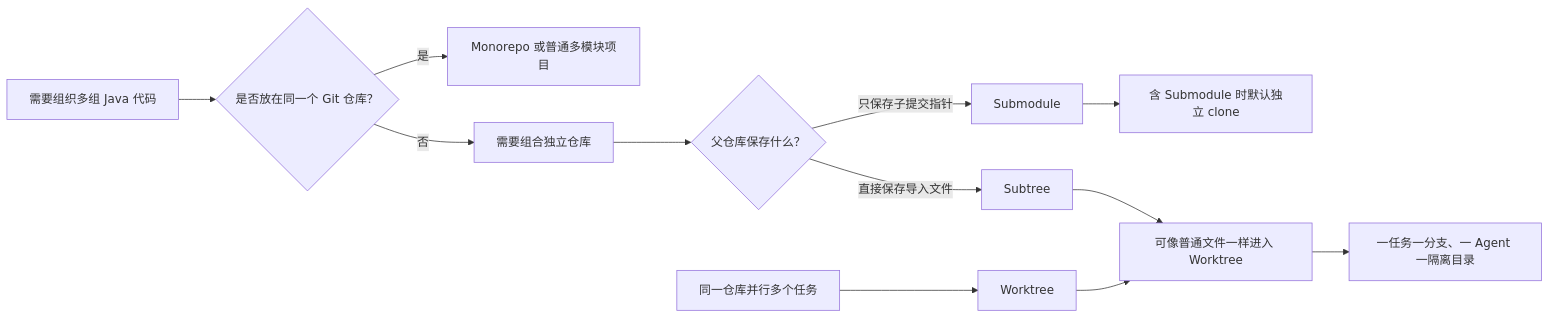
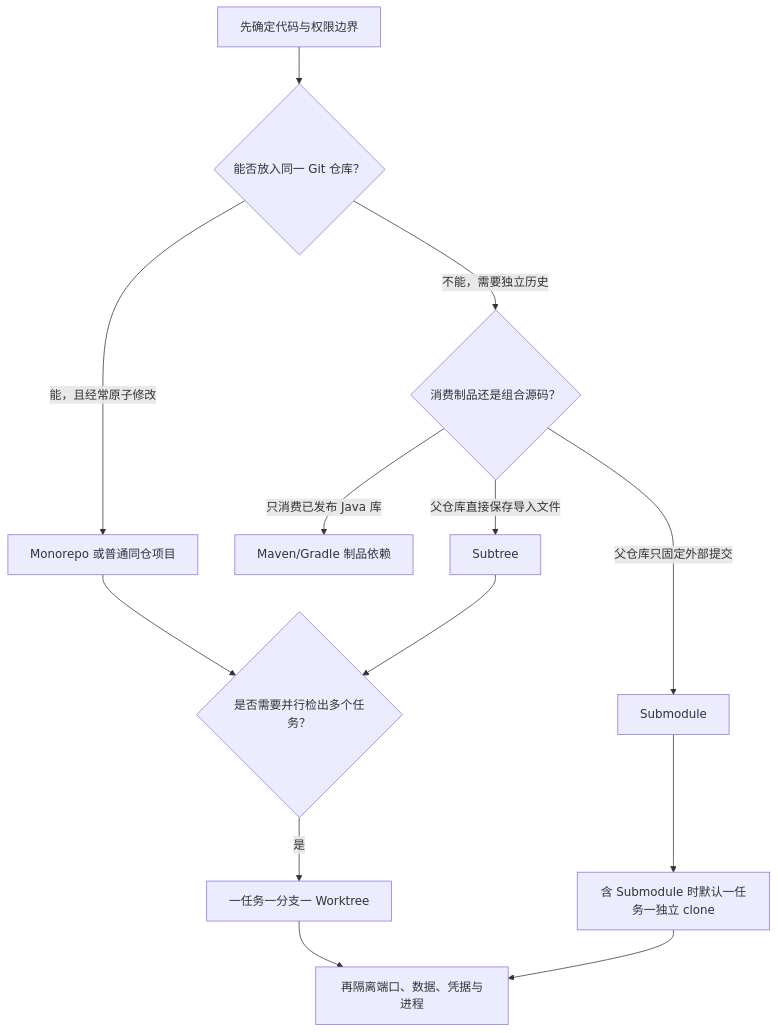
The first of 8 diagrams in Note/git笔记/Git多代码与Agent.md (pvisanhash/toStudyCode), drawn with Mermaid before and after one commit. The commit also changed other lines of this file and 1 other file, not shown here.

```diff
--- a/Note/git笔记/Git多代码与Agent.md
+++ b/Note/git笔记/Git多代码与Agent.md
@@ -38,14 +90,15 @@
 ~~~mermaid
-flowchart LR
-    Z["需要组织多组 Java 代码"] --> Y{"是否放在同一个 Git 仓库？"}
-    Y -->|"是"| X["Monorepo 或普通多模块项目"]
-    Y -->|"否"| A["需要组合独立仓库"]
-    A --> B{"父仓库保存什么？"}
-    B -->|"只保存子提交指针"| C["Submodule"]
-    B -->|"直接保存导入文件"| D["Subtree"]
-    E["同一仓库并行多个任务"] --> F["Worktree"]
-    C --> G["含 Submodule 时默认独立 clone"]
-    D --> H["可像普通文件一样进入 Worktree"]
-    F --> H
-    H --> I["一任务一分支、一 Agent 一隔离目录"]
+flowchart TD
+    A["先确定代码与权限边界"] --> B{"能否放入同一 Git 仓库？"}
+    B -->|"能，且经常原子修改"| C["Monorepo 或普通同仓项目"]
+    B -->|"不能，需要独立历史"| D{"消费制品还是组合源码？"}
+    D -->|"只消费已发布 Java 库"| E["Maven/Gradle 制品依赖"]
+    D -->|"父仓库只固定外部提交"| F["Submodule"]
+    D -->|"父仓库直接保存导入文件"| G["Subtree"]
+    C --> H{"是否需要并行检出多个任务？"}
+    G --> H
+    H -->|"是"| I["一任务一分支一 Worktree"]
+    F --> J["含 Submodule 时默认一任务一独立 clone"]
+    I --> K["再隔离端口、数据、凭据与进程"]
+    J --> K
 ~~~
```
